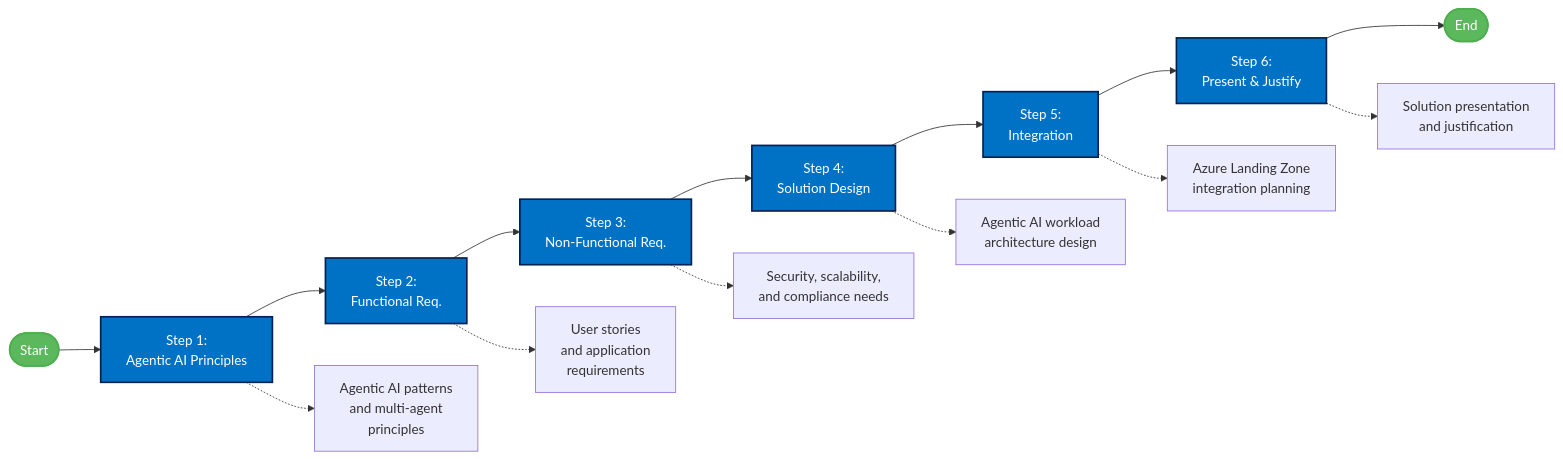
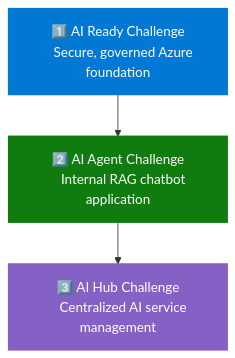
One commit to briandenicola/xlr8-e2eaisolutions changed the diagram in docs/02-agent/ifs-agent-overview.md. Above: the diagram before and after it, drawn with Mermaid. The commit also changed other lines of this file and 9 other files, not shown here.

````diff
--- a/docs/02-agent/ifs-agent-overview.md
+++ b/docs/02-agent/ifs-agent-overview.md
@@ -73,26 +54,20 @@
 ```mermaid
-flowchart LR
-    %% Define the flow of the AI Agent Challenge
-    Start([Start]) --> Step1
-    Step1[Step 1:<br>Agentic AI Principles] --> Step2[Step 2:<br>Functional Req.]
-    Step2 --> Step3[Step 3:<br>Non-Functional Req.]
-    Step3 --> Step4[Step 4:<br>Solution Design]
-    Step4 --> Step5[Step 5:<br>Integration]
-    Step5 --> Step6[Step 6:<br>Present & Justify]
-    Step6 --> End([End])
+flowchart TB
+    Ready["1️⃣ AI Ready Challenge
+    Secure, governed Azure foundation"]
+    Agent["2️⃣ AI Agent Challenge
+    Internal RAG chatbot application"]
+    Hub["3️⃣ AI Hub Challenge
+    Centralized AI service management"]
     
-    %% Add descriptions
-    classDef step fill:#0072C6,stroke:#025,color:white,stroke-width:2px
-    classDef endpoint fill:#5CB85C,stroke:#4CAE4C,color:white,stroke-width:2px
+    Ready --> Agent
+    Agent --> Hub
     
-    class Step1,Step2,Step3,Step4,Step5,Step6 step
-    class Start,End endpoint
+    classDef ready fill:#0078D4,color:white,stroke:#0078D4,stroke-width:2px
+    classDef agent fill:#107C10,color:white,stroke:#107C10,stroke-width:2px
+    classDef hub fill:#8661C5,color:white,stroke:#8661C5,stroke-width:2px
     
-    %% Add annotations
-    Step1 -.-> Ann1[Agentic AI patterns<br>and multi-agent<br>principles]
-    Step2 -.-> Ann2[User stories<br>and application<br>requirements]
-    Step3 -.-> Ann3[Security, scalability,<br>and compliance needs]
-    Step4 -.-> Ann4[Agentic AI workload<br>architecture design]
-    Step5 -.-> Ann5[Azure Landing Zone<br>integration planning]
-    Step6 -.-> Ann6[Solution presentation<br>and justification]
+    class Ready ready
+    class Agent agent
+    class Hub hub
 ```
````
